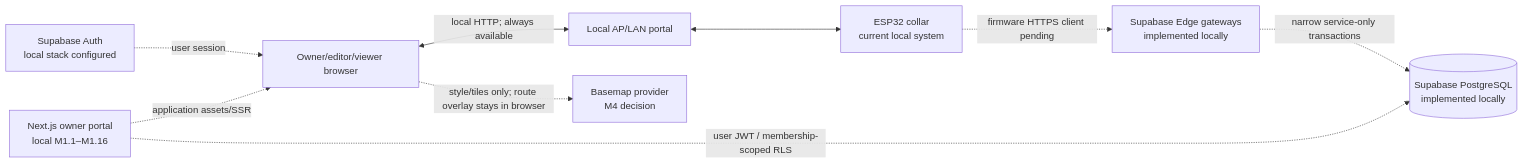
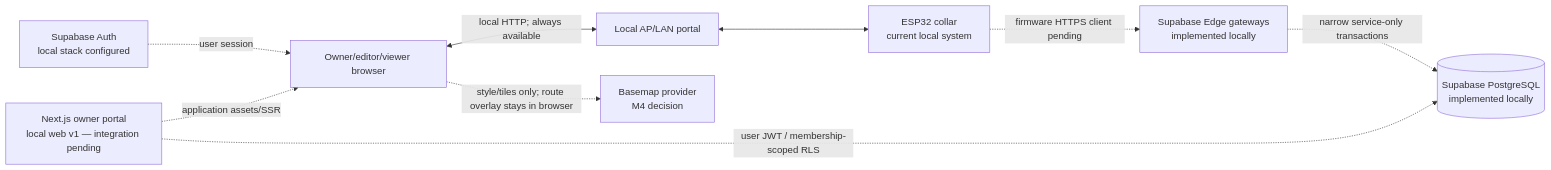
One commit to bultodepapas/Dog-RGB changed the second of 5 diagrams in docs/architecture.md. Above: the diagram before and after it, drawn with Mermaid. The commit also changed other lines of this file and 140 other files, not shown here.

````diff
--- a/docs/architecture.md
+++ b/docs/architecture.md
@@ -27,20 +27,20 @@
 ```mermaid
 flowchart LR
     COLLAR[ESP32 collar\ncurrent local system]
     AP[Local AP/LAN portal]
     EDGE[Supabase Edge gateways\nimplemented locally]
     DB[(Supabase PostgreSQL\nimplemented locally)]
     AUTH[Supabase Auth\nlocal stack configured]
-    WEB[Next.js owner portal\nlocal M1.1–M1.16]
+    WEB[Next.js owner portal\nlocal web v1 — integration pending]
     USER[Owner/editor/viewer browser]
     MAP[Basemap provider\nM4 decision]
 
     USER <-->|local HTTP; always available| AP
     AP <--> COLLAR
     COLLAR -. firmware HTTPS client pending .-> EDGE
     EDGE -. narrow service-only transactions .-> DB
     AUTH -. user session .-> USER
     WEB -. user JWT / membership-scoped RLS .-> DB
     WEB -. application assets/SSR .-> USER
     USER -. style/tiles only; route overlay stays in browser .-> MAP
 ```
````
